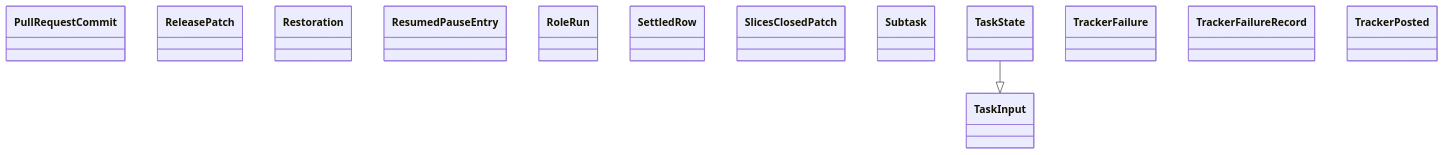
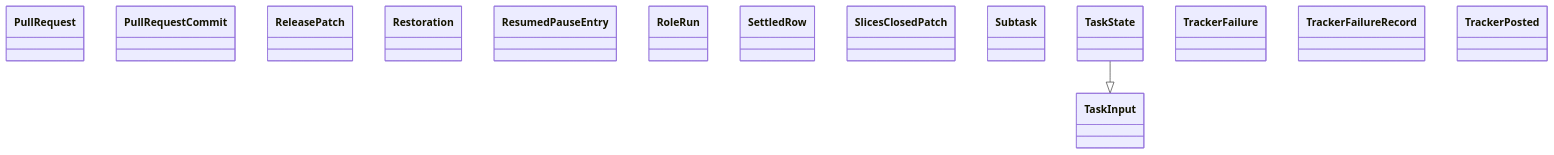
Before and after one commit to GonzaloZevallos/agentic-system: the diagram in docs/architecture/generated/classes-process-domain-state-5.md, drawn with Mermaid. The commit also changed 4 other files, not shown here.

````diff
--- a/docs/architecture/generated/classes-process-domain-state-5.md
+++ b/docs/architecture/generated/classes-process-domain-state-5.md
@@ -21,17 +21,18 @@
 ```mermaid
 classDiagram
+    class task__PullRequest["PullRequest"]
     class task__PullRequestCommit["PullRequestCommit"]
     class task__ReleasePatch["ReleasePatch"]
     class task__Restoration["Restoration"]
     class task__ResumedPauseEntry["ResumedPauseEntry"]
     class task__RoleRun["RoleRun"]
     class task__SettledRow["SettledRow"]
     class task__SlicesClosedPatch["SlicesClosedPatch"]
     class task__Subtask["Subtask"]
     class task__TaskInput["TaskInput"]
     class task__TaskState["TaskState"]
     class task__TrackerFailure["TrackerFailure"]
     class task__TrackerFailureRecord["TrackerFailureRecord"]
     class task__TrackerPosted["TrackerPosted"]
     task__TaskState --|> task__TaskInput
 ```
````
